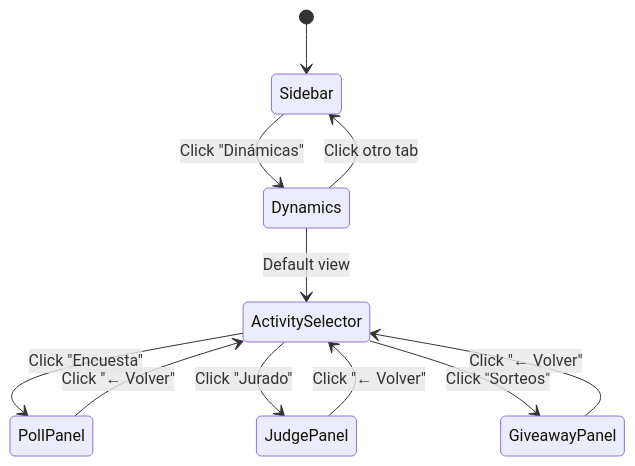
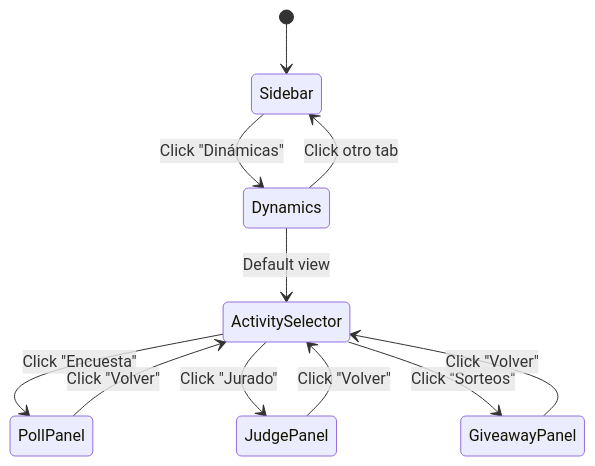
The diagram in .kiro/specs/sidebar-dynamics-grouping/design.md (adan291/StreamCrowd), drawn with Mermaid before and after one commit. The commit also changed 19 other files, not shown here.

````diff
--- a/.kiro/specs/sidebar-dynamics-grouping/design.md
+++ b/.kiro/specs/sidebar-dynamics-grouping/design.md
@@ -25,13 +25,13 @@
 ```mermaid
 stateDiagram-v2
     [*] --> Sidebar
     Sidebar --> Dynamics: Click "Dinámicas"
     Dynamics --> ActivitySelector: Default view
     ActivitySelector --> PollPanel: Click "Encuesta"
     ActivitySelector --> JudgePanel: Click "Jurado"
     ActivitySelector --> GiveawayPanel: Click "Sorteos"
-    PollPanel --> ActivitySelector: Click "← Volver"
-    JudgePanel --> ActivitySelector: Click "← Volver"
-    GiveawayPanel --> ActivitySelector: Click "← Volver"
+    PollPanel --> ActivitySelector: Click "Volver"
+    JudgePanel --> ActivitySelector: Click "Volver"
+    GiveawayPanel --> ActivitySelector: Click "Volver"
     Dynamics --> Sidebar: Click otro tab
 ```
````
